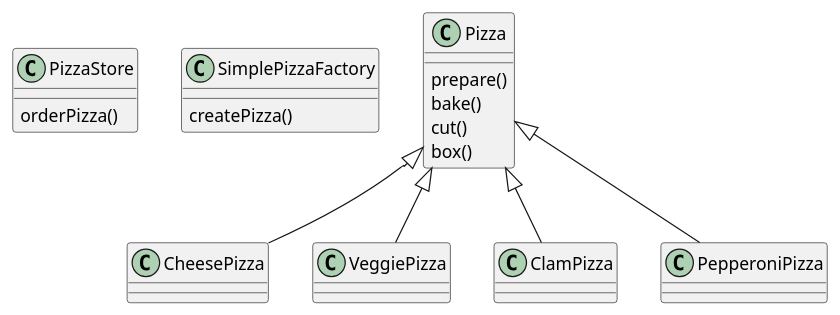
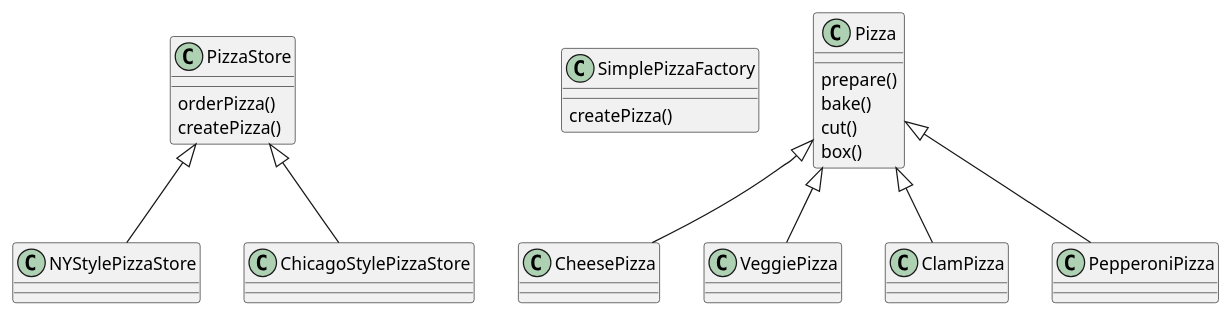
One commit to nRookie/design-pattern-python changed the diagram in uml/pizza.wsd. Above: the diagram before and after it, drawn with PlantUML.

Commit message:
move createPizza() back to the Pizza store as abstract method

```diff
--- a/uml/pizza.wsd
+++ b/uml/pizza.wsd
@@ -1,34 +1,43 @@
 @startuml pizza
 
 class PizzaStore{
     orderPizza()
+    createPizza()
 }
 
 class SimplePizzaFactory{
     createPizza()
 }
 
 class Pizza{
     prepare()
     bake()
     cut()
     box()
 }
 
 class CheesePizza{
 }
 class VeggiePizza{
 
 }
 class ClamPizza{
 }
 
 class PepperoniPizza{}
 
+class NYStylePizzaStore{}
+
+class ChicagoStylePizzaStore{}
+
 Pizza <|-- CheesePizza
 Pizza <|-- VeggiePizza
 Pizza <|-- ClamPizza
 Pizza <|-- PepperoniPizza
 
 
+PizzaStore <|-- NYStylePizzaStore
+
+PizzaStore <|-- ChicagoStylePizzaStore
+
 @enduml
```
